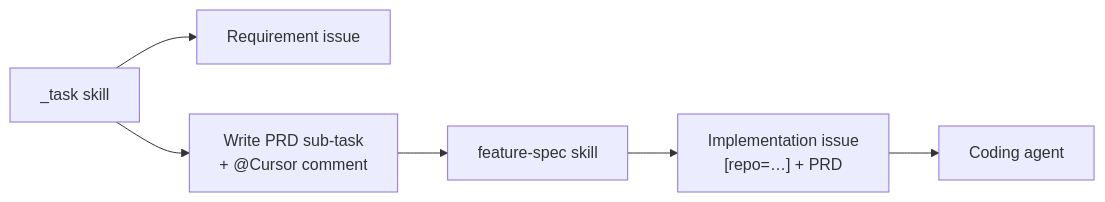
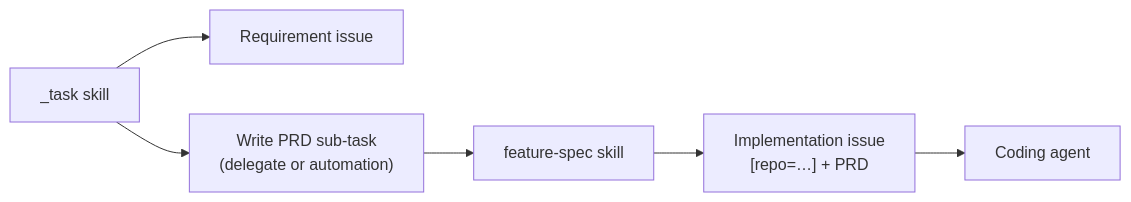
One commit to masumi-network/sokosumi changed the second of 2 diagrams in .cursor/skills/feature-spec/CURSOR-AUTOMATION.md. Above: the diagram before and after it, drawn with Mermaid. The commit also changed other lines of this file and 6 other files, not shown here.

````diff
--- a/.cursor/skills/feature-spec/CURSOR-AUTOMATION.md
+++ b/.cursor/skills/feature-spec/CURSOR-AUTOMATION.md
@@ -68,8 +68,8 @@
 ```mermaid
 flowchart LR
   task["_task skill"] --> req["Requirement issue"]
-  task --> writePrd["Write PRD sub-task\n+ @Cursor comment"]
+  task --> writePrd["Write PRD sub-task\n(delegate or automation)"]
   writePrd --> spec["feature-spec skill"]
   spec --> impl["Implementation issue\n[repo=…] + PRD"]
   impl --> code["Coding agent"]
 ```
````
